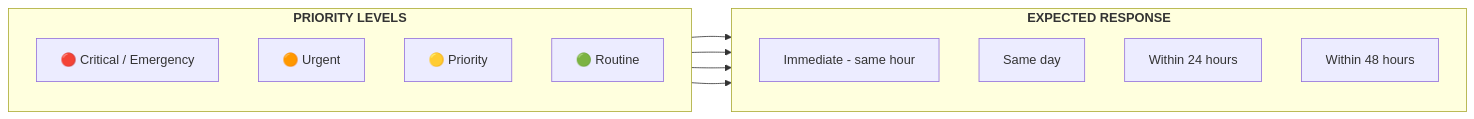
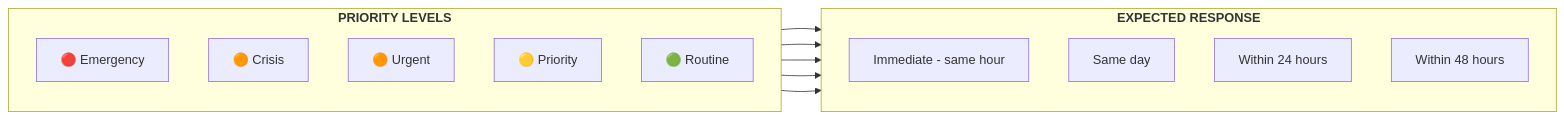
The third of 6 diagrams in docs/getting-started/workflow-overview.mdx (manaaki-tech/manaakicare-docs), drawn with Mermaid before and after one commit. The commit also changed other lines of this file and 2 other files, not shown here.

````diff
--- a/docs/getting-started/workflow-overview.mdx
+++ b/docs/getting-started/workflow-overview.mdx
@@ -198,24 +196,26 @@
 ```mermaid
 flowchart LR
     subgraph priorities["<b>PRIORITY LEVELS</b>"]
         direction TB
-        critical["🔴 Critical / Emergency"]
+        emergency["🔴 Emergency"]
+        crisis["🟠 Crisis"]
         urgent["🟠 Urgent"]
         priority["🟡 Priority"]
         routine["🟢 Routine"]
     end
 
     subgraph response["<b>EXPECTED RESPONSE</b>"]
         direction TB
         r1["Immediate - same hour"]
         r2["Same day"]
         r3["Within 24 hours"]
         r4["Within 48 hours"]
     end
 
-    critical --> r1
+    emergency --> r1
+    crisis --> r1
     urgent --> r2
     priority --> r3
     routine --> r4
 
 ```
````
